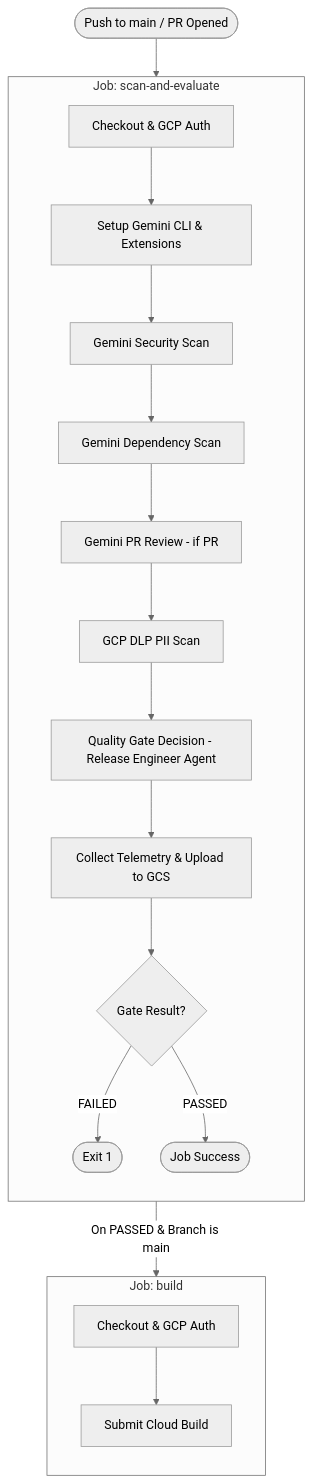
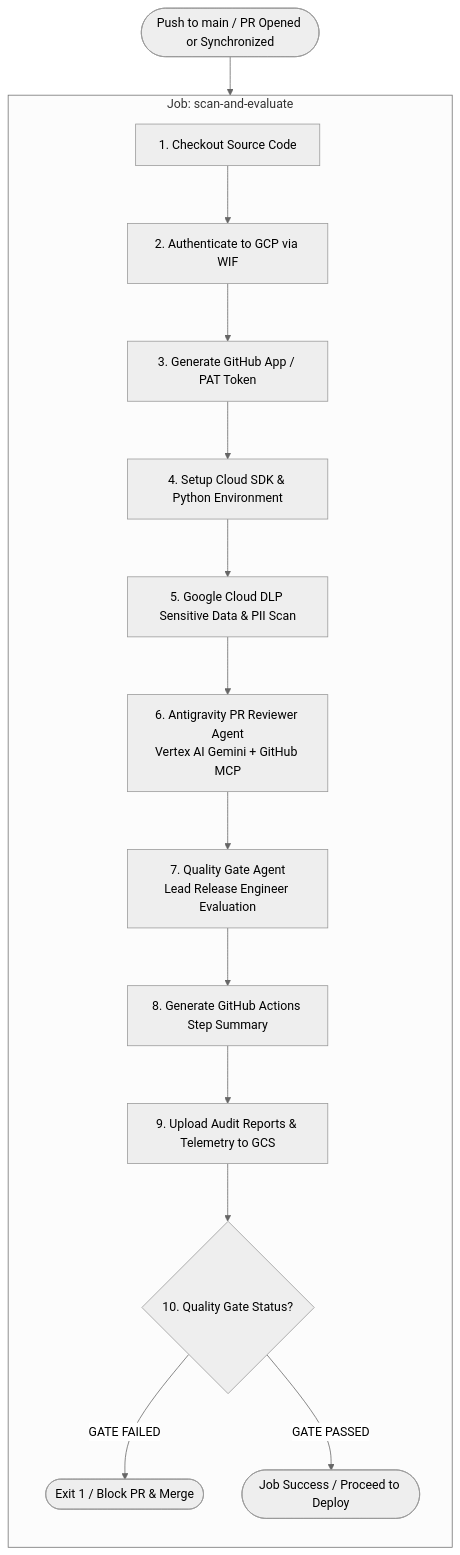
Before and after one commit to ypenn21/workshop-agentic-sdlc-lab: the first of 2 diagrams in .github/README.md, drawn with Mermaid (neutral theme). The commit also changed other lines of this file and 2 other files, not shown here.

````diff
--- a/.github/README.md
+++ b/.github/README.md
@@ -26,25 +13,19 @@
 ```mermaid
 flowchart TD
-    Trigger([Push to main / PR Opened]) --> Job1[Job: scan-and-evaluate]
-    
-    subgraph Job1 [Job: scan-and-evaluate]
+    Trigger([Push to main / PR Opened or Synchronized]) --> Job[Job: scan-and-evaluate]
+
+    subgraph Job [Job: scan-and-evaluate]
         direction TB
-        S1[Checkout & GCP Auth] --> S2[Setup Gemini CLI & Extensions]
-        S2 --> SS1[Gemini Security Scan]
-        SS1 --> SS2[Gemini Dependency Scan]
-        SS2 --> SS3[Gemini PR Review - if PR]
-        SS3 --> SS4[GCP DLP PII Scan]
-        SS4 --> S4[Quality Gate Decision - Release Engineer Agent]
-        S4 --> S5[Collect Telemetry & Upload to GCS]
-        S5 --> S6{Gate Result?}
-        S6 -- FAILED --> S7([Exit 1])
-        S6 -- PASSED --> S8([Job Success])
-    end
-    
-    Job1 -->|On PASSED & Branch is main| Job2[Job: build]
-    
-    subgraph Job2 [Job: build]
-        direction TB
-        B1[Checkout & GCP Auth] --> B2[Submit Cloud Build]
+        S1[1. Checkout Source Code] --> S2[2. Authenticate to GCP via WIF]
+        S2 --> S3[3. Generate GitHub App / PAT Token]
+        S3 --> S4[4. Setup Cloud SDK & Python Environment]
+        S4 --> S5[5. Google Cloud DLP Sensitive Data & PII Scan]
+        S5 --> S6[6. Antigravity PR Reviewer Agent<br/>Vertex AI Gemini + GitHub MCP]
+        S6 --> S7[7. Quality Gate Agent<br/>Lead Release Engineer Evaluation]
+        S7 --> S8[8. Generate GitHub Actions Step Summary]
+        S8 --> S9[9. Upload Audit Reports & Telemetry to GCS]
+        S9 --> S10{10. Quality Gate Status?}
+        S10 -- GATE FAILED --> S11([Exit 1 / Block PR & Merge])
+        S10 -- GATE PASSED --> S12([Job Success / Proceed to Deploy])
     end
 ```
````
